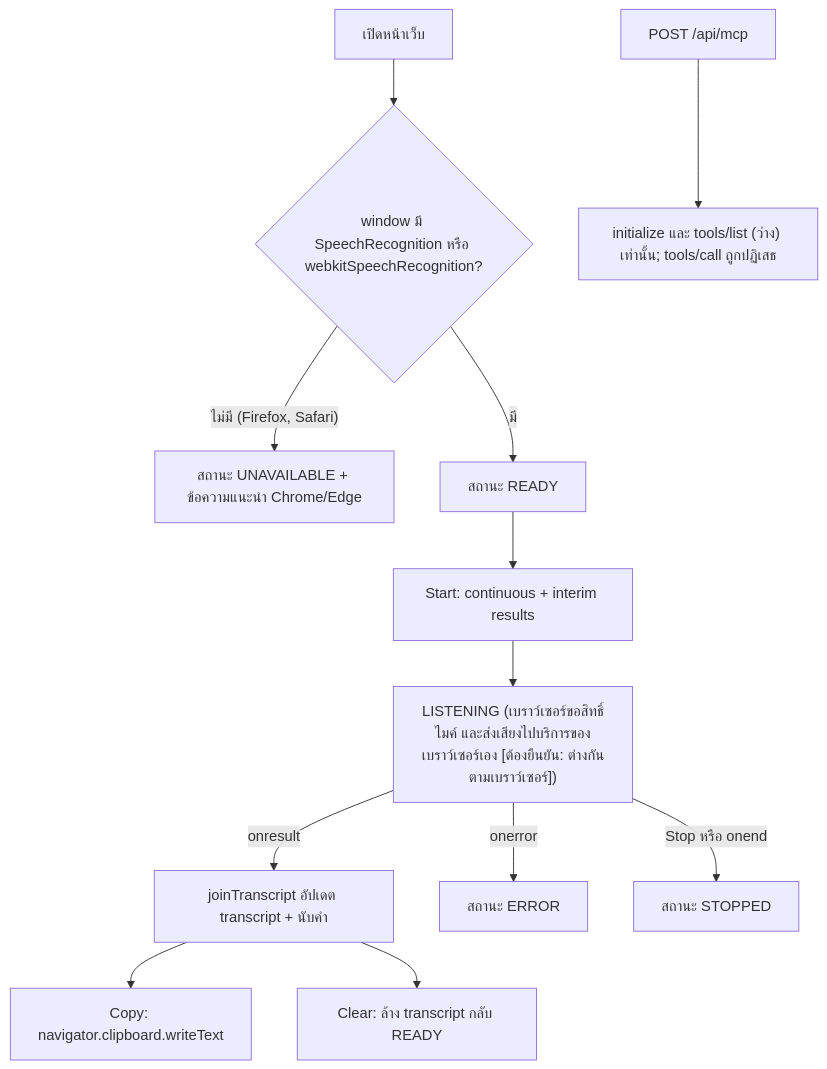
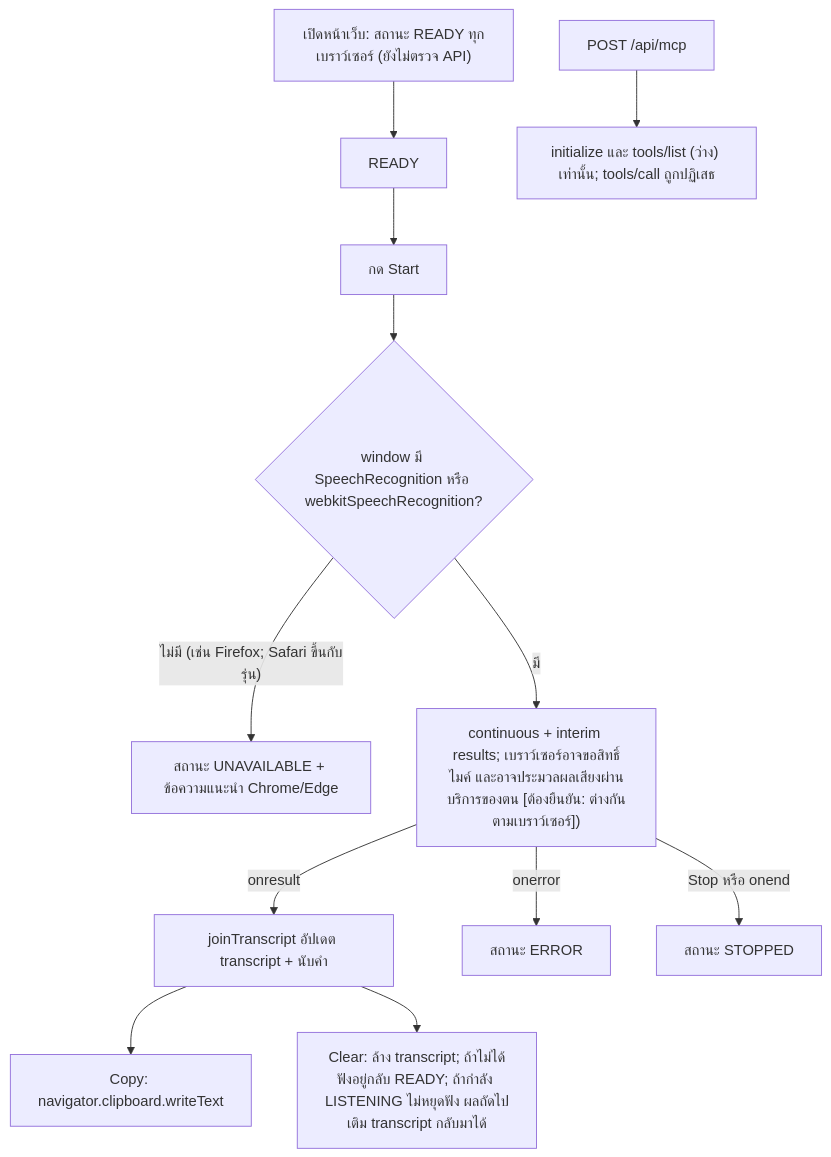
The diagram in docs/diagrams/01-business-process.md (bookchaowalit-website/ai-speech-to-text-web), drawn with Mermaid before and after one commit. The commit also changed other lines of this file, not shown here.

Commit message:
docs: correct As-Is/To-Be facts from review (01-business-process)

````diff
--- a/docs/diagrams/01-business-process.md
+++ b/docs/diagrams/01-business-process.md
@@ -9,14 +9,14 @@
 ```mermaid
 flowchart TD
-  OPEN["เปิดหน้าเว็บ"] --> DET{"window มี SpeechRecognition หรือ webkitSpeechRecognition?"}
-  DET -->|"ไม่มี (Firefox, Safari)"| UNAV["สถานะ UNAVAILABLE + ข้อความแนะนำ Chrome/Edge"]
-  DET -->|"มี"| READY["สถานะ READY"]
-  READY --> START["Start: continuous + interim results"]
-  START --> LISTEN["LISTENING (เบราว์เซอร์ขอสิทธิ์ไมค์ และส่งเสียงไปบริการของเบราว์เซอร์เอง [ต้องยืนยัน: ต่างกันตามเบราว์เซอร์])"]
+  OPEN["เปิดหน้าเว็บ: สถานะ READY ทุกเบราว์เซอร์ (ยังไม่ตรวจ API)"] --> READY["READY"]
+  READY --> START["กด Start"]
+  START --> DET{"window มี SpeechRecognition หรือ webkitSpeechRecognition?"}
+  DET -->|"ไม่มี (เช่น Firefox; Safari ขึ้นกับรุ่น)"| UNAV["สถานะ UNAVAILABLE + ข้อความแนะนำ Chrome/Edge"]
+  DET -->|"มี"| LISTEN["continuous + interim results; เบราว์เซอร์อาจขอสิทธิ์ไมค์ และอาจประมวลผลเสียงผ่านบริการของตน [ต้องยืนยัน: ต่างกันตามเบราว์เซอร์])"]
   LISTEN -->|"onresult"| TXT["joinTranscript อัปเดต transcript + นับคำ"]
   LISTEN -->|"onerror"| ERR["สถานะ ERROR"]
   LISTEN -->|"Stop หรือ onend"| STOP["สถานะ STOPPED"]
   TXT --> COPY["Copy: navigator.clipboard.writeText"]
-  TXT --> CLEAR["Clear: ล้าง transcript กลับ READY"]
+  TXT --> CLEAR["Clear: ล้าง transcript; ถ้าไม่ได้ฟังอยู่กลับ READY; ถ้ากำลัง LISTENING ไม่หยุดฟัง ผลถัดไปเติม transcript กลับมาได้"]
   MCP["POST /api/mcp"] --> EMPTY["initialize และ tools/list (ว่าง) เท่านั้น; tools/call ถูกปฏิเสธ"]
 ```
````
